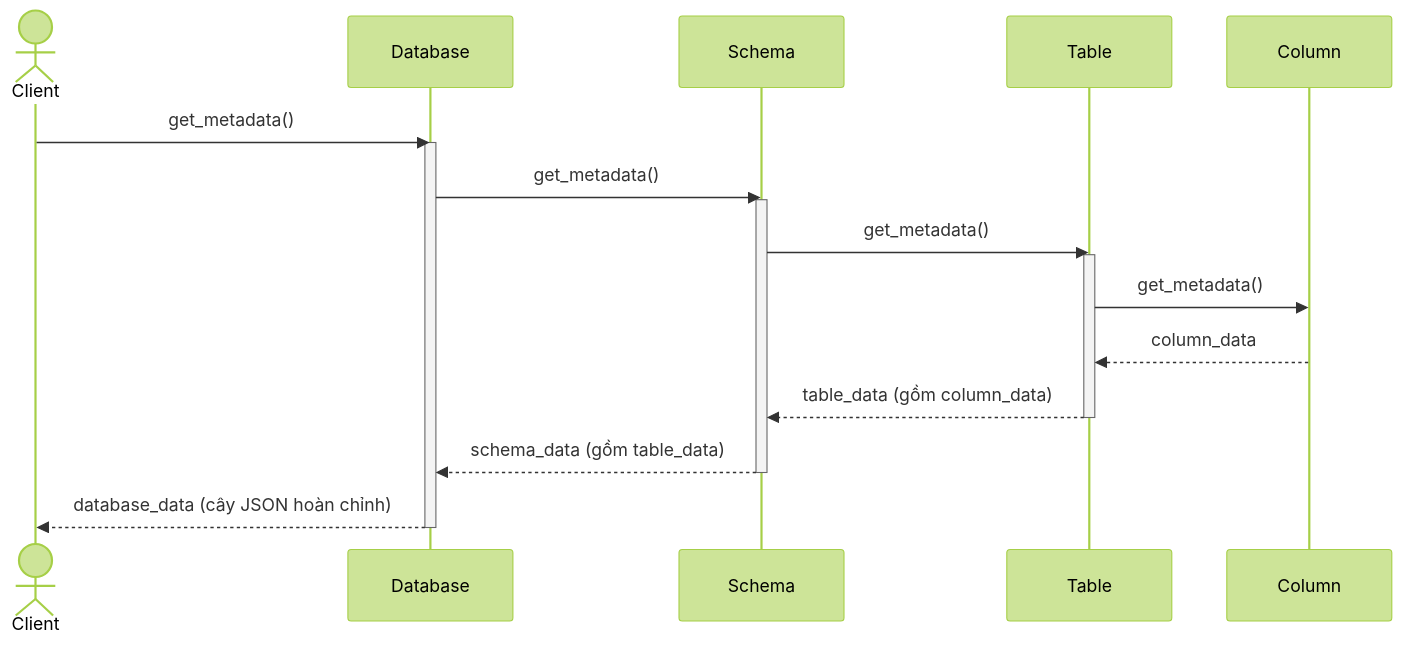
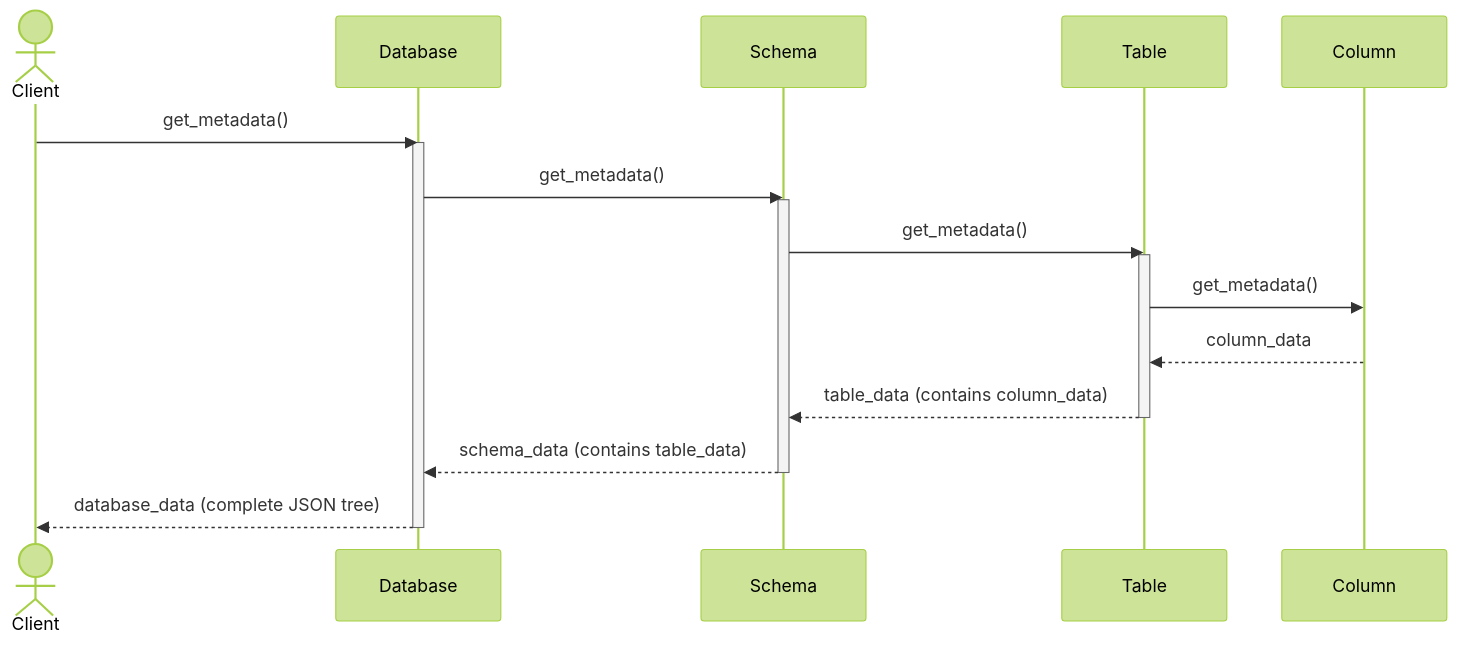
One commit to TamBui1706/DBMS changed the second of 4 diagrams in DPSuggest.md. Above: the diagram before and after it, drawn with Mermaid (forest theme). The commit also changed other lines of this file, not shown here.

````diff
--- a/DPSuggest.md
+++ b/DPSuggest.md
@@ -83,29 +95,29 @@
 ```mermaid
 sequenceDiagram
     actor Client
     participant DB as Database
     participant Sch as Schema
     participant Tbl as Table
     participant Col as Column
 
     Client->>DB: get_metadata()
     activate DB
     
     DB->>Sch: get_metadata()
     activate Sch
     
     Sch->>Tbl: get_metadata()
     activate Tbl
     
     Tbl->>Col: get_metadata()
     Col-->>Tbl: column_data
     
-    Tbl-->>Sch: table_data (gồm column_data)
+    Tbl-->>Sch: table_data (contains column_data)
     deactivate Tbl
     
-    Sch-->>DB: schema_data (gồm table_data)
+    Sch-->>DB: schema_data (contains table_data)
     deactivate Sch
     
-    DB-->>Client: database_data (cây JSON hoàn chỉnh)
+    DB-->>Client: database_data (complete JSON tree)
     deactivate DB
 ```
````
